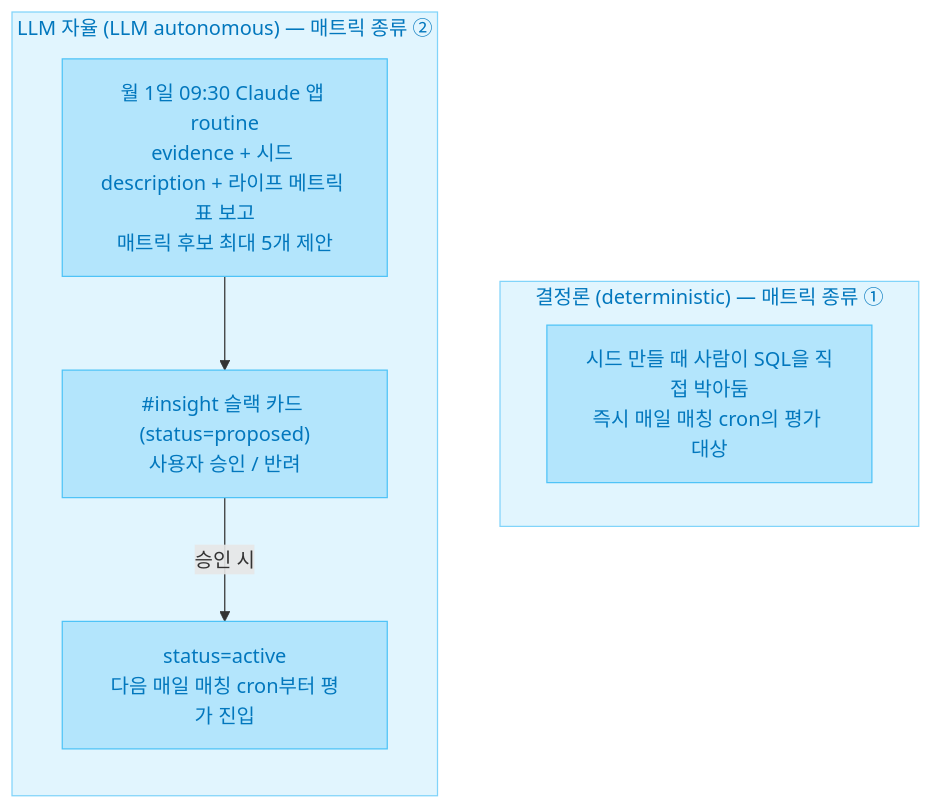
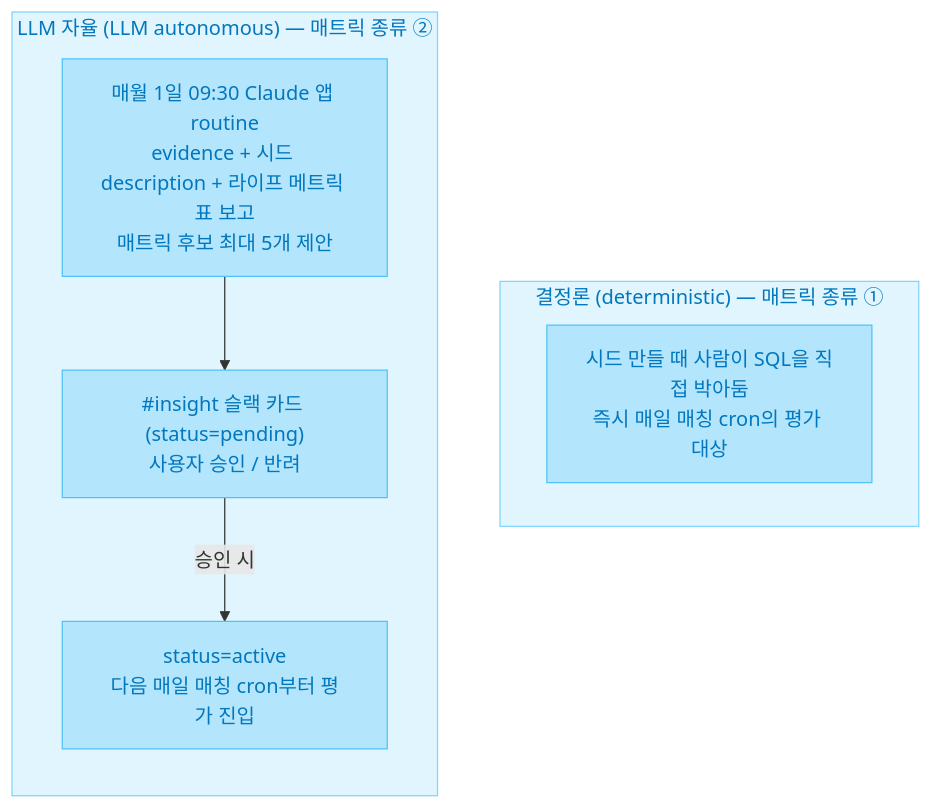
One commit to hyewon3938/slack-ai-agents changed the eighth of 9 diagrams in docs/explainers/insight-v2.md. Above: the diagram before and after it, drawn with Mermaid. The commit also changed other lines of this file and 1 other file, not shown here.

First line of the commit message:
docs(insight): explainer를 실제 코드와 대조해 정합성 전면 교정

````diff
--- a/docs/explainers/insight-v2.md
+++ b/docs/explainers/insight-v2.md
@@ -382,20 +394,20 @@
 ```mermaid
 flowchart TB
   subgraph DET["결정론 (deterministic) — 매트릭 종류 ①"]
     DET1["시드 만들 때 사람이 SQL을 직접 박아둠<br/>즉시 매일 매칭 cron의 평가 대상"]
   end
 
   subgraph LLM["LLM 자율 (LLM autonomous) — 매트릭 종류 ②"]
     direction TB
-    L1["월 1일 09:30 Claude 앱 routine<br/>evidence + 시드 description + 라이프 메트릭 표 보고<br/>매트릭 후보 최대 5개 제안"]
-    L2["#insight 슬랙 카드 (status=proposed)<br/>사용자 승인 / 반려"]
+    L1["매월 1일 09:30 Claude 앱 routine<br/>evidence + 시드 description + 라이프 메트릭 표 보고<br/>매트릭 후보 최대 5개 제안"]
+    L2["#insight 슬랙 카드 (status=pending)<br/>사용자 승인 / 반려"]
     L3["status=active<br/>다음 매일 매칭 cron부터 평가 진입"]
     L1 --> L2
     L2 -- 승인 시 --> L3
   end
 
   classDef metricBox fill:#E1F5FE,stroke:#81D4FA,color:#0277BD
   classDef metricNode fill:#B3E5FC,stroke:#4FC3F7,color:#0277BD
   class DET,LLM metricBox
   class DET1,L1,L2,L3 metricNode
 ```
````
